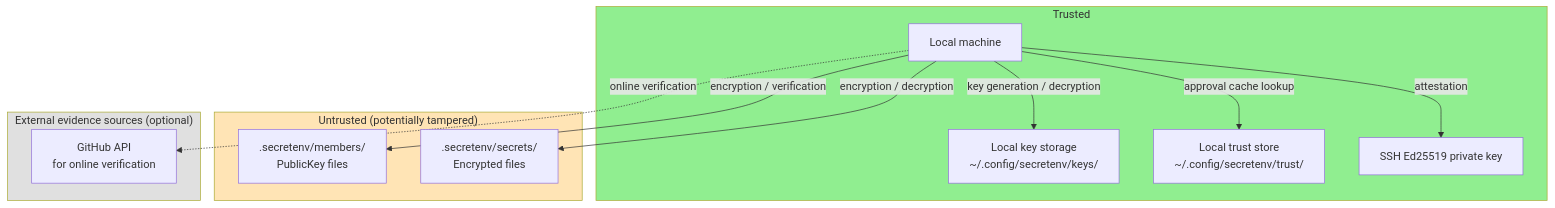
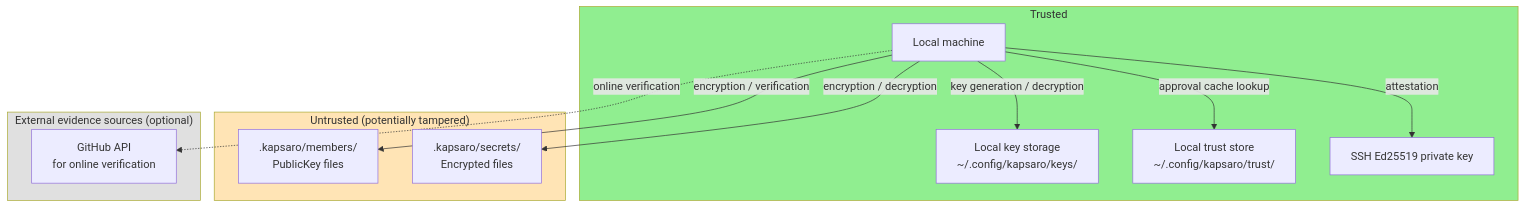
Before and after one commit to ebisawa/kapsaro: the first of 6 diagrams in guides/security_design_en.md, drawn with Mermaid. The commit also changed other lines of this file and 1011 other files, not shown here.

First line of the commit message:
chore: rebrand project from secretenv to kapsaro

````diff
--- a/guides/security_design_en.md
+++ b/guides/security_design_en.md
@@ -139,29 +139,29 @@
 ```mermaid
 graph TB
     subgraph trusted["Trusted"]
         LocalTerminal[Local machine]
-        LocalKeystore["Local key storage<br/>~/.config/secretenv/keys/"]
-        LocalTrustStore["Local trust store<br/>~/.config/secretenv/trust/"]
+        LocalKeystore["Local key storage<br/>~/.config/kapsaro/keys/"]
+        LocalTrustStore["Local trust store<br/>~/.config/kapsaro/trust/"]
         SSHKey[SSH Ed25519 private key]
     end
 
     subgraph untrusted["Untrusted (potentially tampered)"]
-        MembersDir[".secretenv/members/<br/>PublicKey files"]
-        SecretsDir[".secretenv/secrets/<br/>Encrypted files"]
+        MembersDir[".kapsaro/members/<br/>PublicKey files"]
+        SecretsDir[".kapsaro/secrets/<br/>Encrypted files"]
     end
 
     subgraph external["External evidence sources (optional)"]
         GitHub["GitHub API<br/>for online verification"]
     end
 
     LocalTerminal -->|key generation / decryption| LocalKeystore
     LocalTerminal -->|approval cache lookup| LocalTrustStore
     LocalTerminal -->|attestation| SSHKey
     LocalTerminal -->|encryption / verification| MembersDir
     LocalTerminal -->|encryption / decryption| SecretsDir
     LocalTerminal -.->|online verification| GitHub
 
     style trusted fill:#90EE90
     style untrusted fill:#FFE4B5
     style external fill:#E0E0E0
 ```
````
